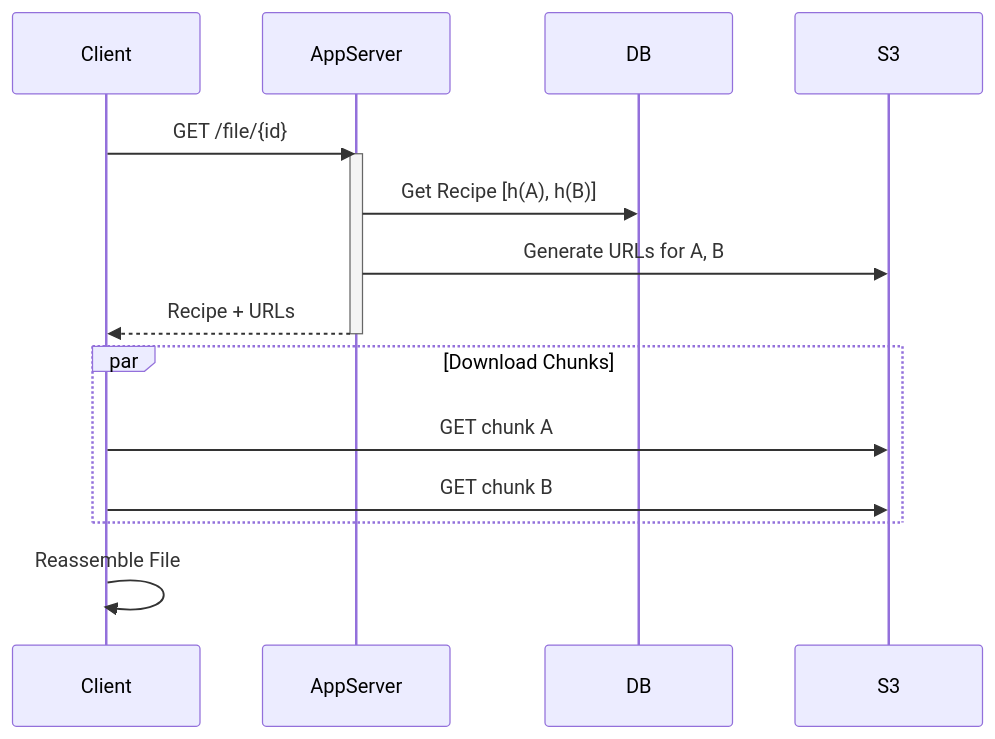
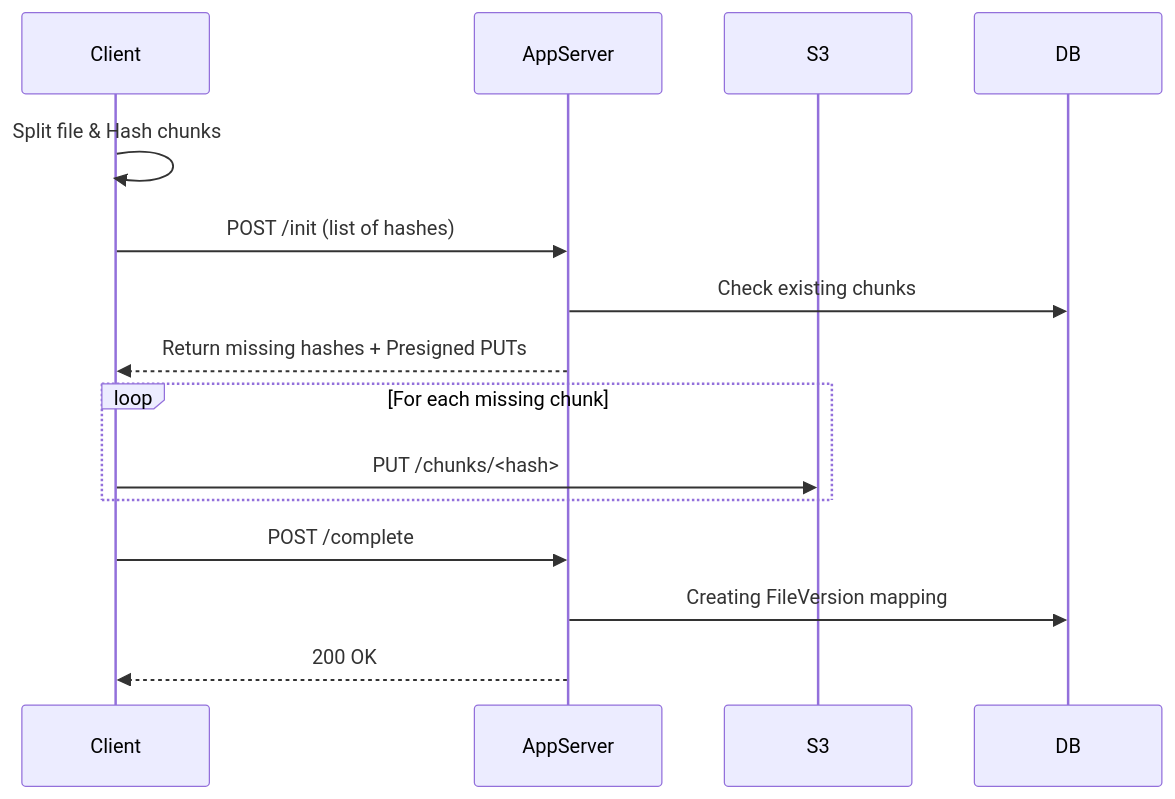
Before and after one commit to ShalomDeitch1/examples: the eighth of 10 diagrams in dropbox/README.md, drawn with Mermaid. The commit also changed other lines of this file, not shown here.

````diff
--- a/dropbox/README.md
+++ b/dropbox/README.md
@@ -328,21 +164,20 @@
 ```mermaid
 sequenceDiagram
-    participant Client
-    participant AppServer
-    participant DB
-    participant S3
+  participant Client
+  participant AppServer
+  participant S3
+  participant DB
 
-    Client->>AppServer: GET /file/{id}
-    activate AppServer
-    AppServer->>DB: Get Recipe [h(A), h(B)]
-    AppServer->>S3: Generate URLs for A, B
-    AppServer-->>Client: Recipe + URLs
-    deactivate AppServer
-    
-    par Download Chunks
-        Client->>S3: GET chunk A
-        Client->>S3: GET chunk B
-    end
-    
-    Client->>Client: Reassemble File
+  Client->>Client: Split file & Hash chunks
+  Client->>AppServer: POST /init (list of hashes)
+  AppServer->>DB: Check existing chunks
+  AppServer-->>Client: Return missing hashes + Presigned PUTs
+  
+  loop For each missing chunk
+    Client->>S3: PUT /chunks/<hash>
+  end
+  
+  Client->>AppServer: POST /complete
+  AppServer->>DB: Creating FileVersion mapping
+  AppServer-->>Client: 200 OK
 ```
````
